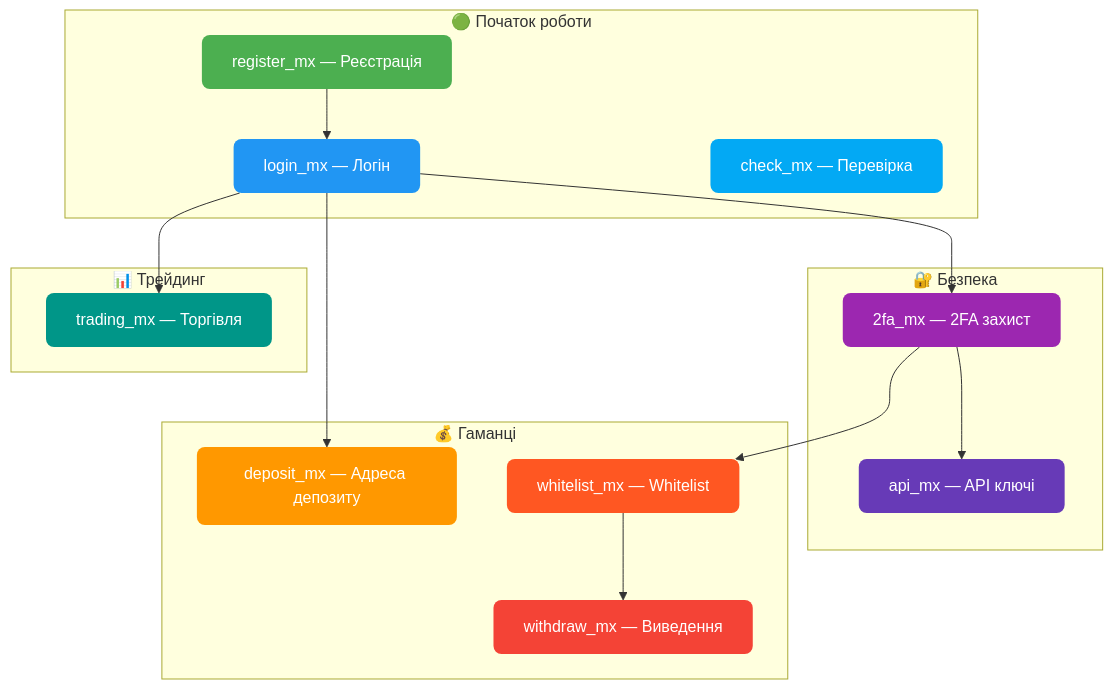
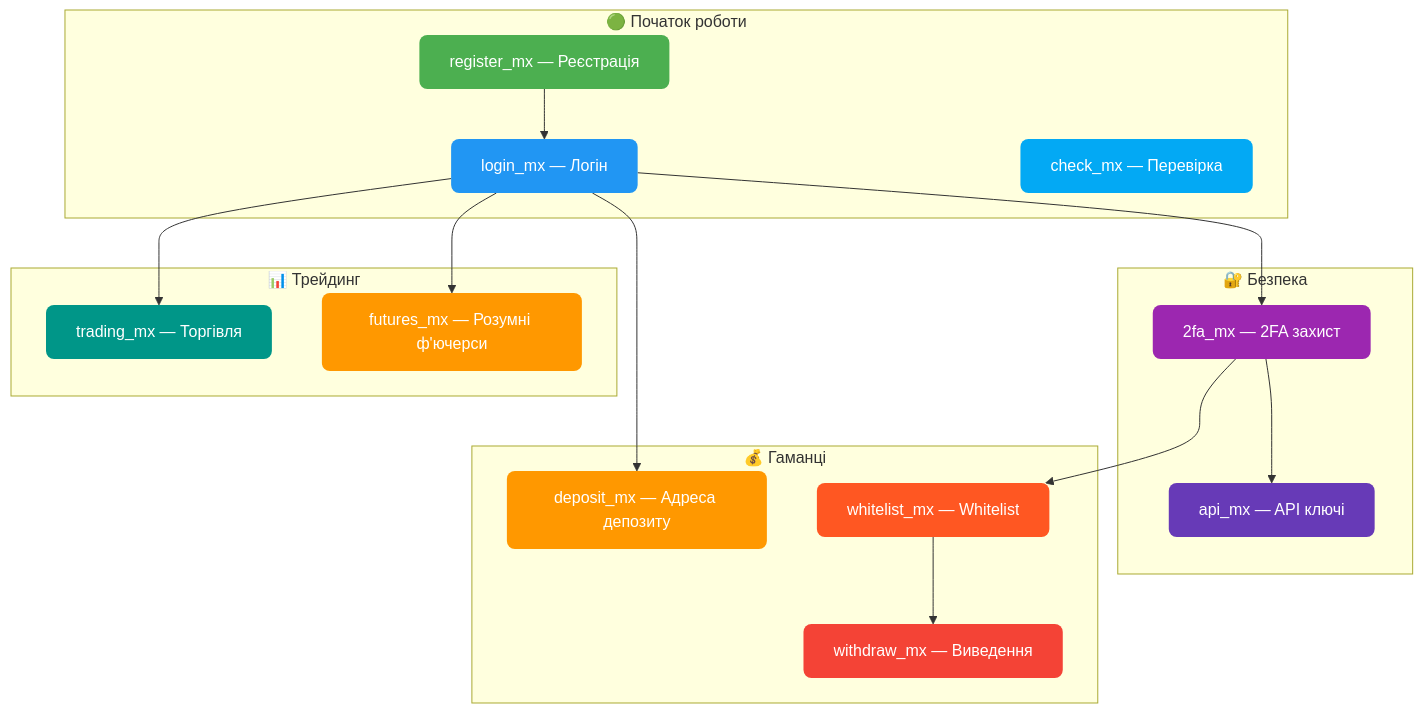
Before and after one commit to AutoPilotSoftware/docs: the tenth of 10 diagrams in src/content/docs/ua/exchanges/mexc-autopilot.md, drawn with Mermaid. The commit also changed other lines of this file and 2 other files, not shown here.

Commit message:
docs(mexc): smart futures (futures_mx) — market open + stop-loss pilot guide (ru/en/ua)

````diff
--- a/src/content/docs/ua/exchanges/mexc-autopilot.md
+++ b/src/content/docs/ua/exchanges/mexc-autopilot.md
@@ -353,41 +397,44 @@
 ```mermaid
 flowchart TD
     subgraph REG ["🟢 Початок роботи"]
         R["register_mx — Реєстрацiя"]
         L["login_mx — Логiн"]
         C["check_mx — Перевiрка"]
     end
 
     subgraph SEC ["🔐 Безпека"]
         FA["2fa_mx — 2FA захист"]
         API["api_mx — API ключi"]
     end
 
     subgraph WALLET ["💰 Гаманцi"]
         D["deposit_mx — Адреса депозиту"]
         W["whitelist_mx — Whitelist"]
         WD["withdraw_mx — Виведення"]
     end
 
     subgraph TRADE ["📊 Трейдинг"]
         T["trading_mx — Торгiвля"]
+        FU["futures_mx — Розумнi ф'ючерси"]
     end
 
     R --> L
     L --> FA
     FA --> W
     FA --> API
     W --> WD
     L --> D
     L --> T
+    L --> FU
 
     style R fill:#4CAF50,color:#fff,stroke:none,rx:8
     style L fill:#2196F3,color:#fff,stroke:none,rx:8
     style C fill:#03A9F4,color:#fff,stroke:none,rx:8
     style FA fill:#9C27B0,color:#fff,stroke:none,rx:8
     style API fill:#673AB7,color:#fff,stroke:none,rx:8
     style D fill:#FF9800,color:#fff,stroke:none,rx:8
     style W fill:#FF5722,color:#fff,stroke:none,rx:8
     style WD fill:#f44336,color:#fff,stroke:none,rx:8
     style T fill:#009688,color:#fff,stroke:none,rx:8
+    style FU fill:#FF9800,color:#fff,stroke:none,rx:8
 ```
````
